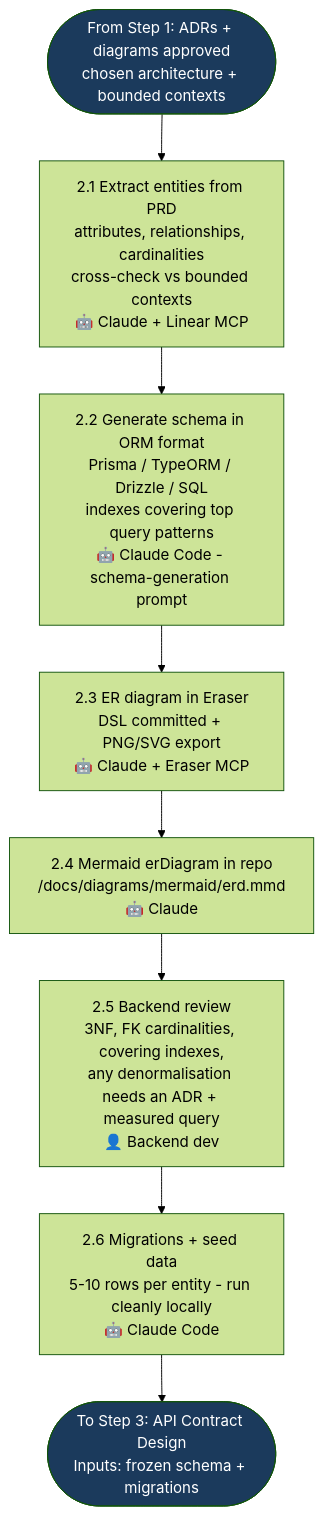
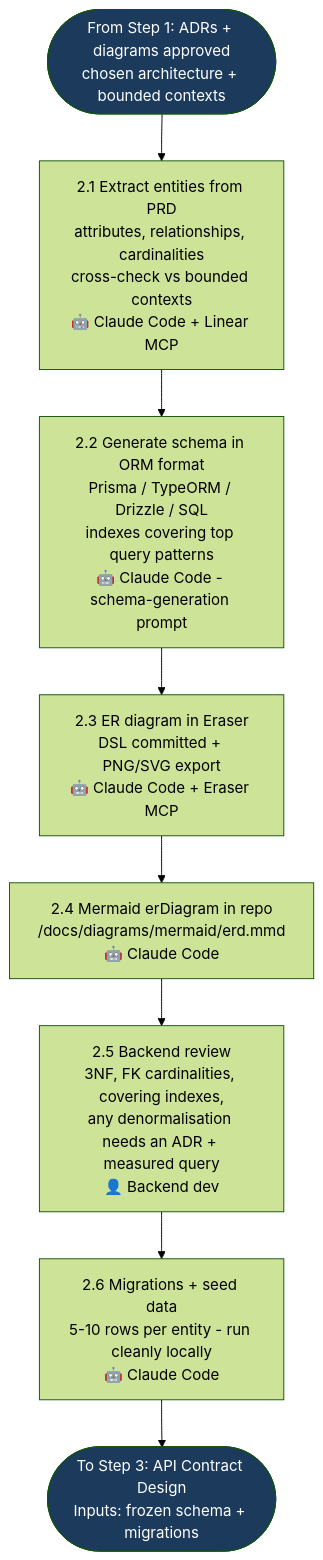
One commit to kalpat-allion/ai-dlc changed the third of 6 diagrams in aidlc-phases/02-system-design/FLOWCHART.md. Above: the diagram before and after it, drawn with Mermaid (forest theme). The commit also changed other lines of this file and 25 other files, not shown here.

````diff
--- a/aidlc-phases/02-system-design/FLOWCHART.md
+++ b/aidlc-phases/02-system-design/FLOWCHART.md
@@ -133,15 +123,15 @@
 ```mermaid
 flowchart TD
     D_IN([From Step 1: ADRs + diagrams approved<br/>chosen architecture + bounded contexts]) --> D1
 
-    D1[2.1 Extract entities from PRD<br/>attributes, relationships, cardinalities<br/>cross-check vs bounded contexts<br/>🤖 Claude + Linear MCP] --> D2
+    D1[2.1 Extract entities from PRD<br/>attributes, relationships, cardinalities<br/>cross-check vs bounded contexts<br/>🤖 Claude Code + Linear MCP] --> D2
     D2[2.2 Generate schema in ORM format<br/>Prisma / TypeORM / Drizzle / SQL<br/>indexes covering top query patterns<br/>🤖 Claude Code - schema-generation prompt] --> D3
-    D3[2.3 ER diagram in Eraser<br/>DSL committed + PNG/SVG export<br/>🤖 Claude + Eraser MCP] --> D4
-    D4[2.4 Mermaid erDiagram in repo<br/>/docs/diagrams/mermaid/erd.mmd<br/>🤖 Claude] --> D5
+    D3[2.3 ER diagram in Eraser<br/>DSL committed + PNG/SVG export<br/>🤖 Claude Code + Eraser MCP] --> D4
+    D4[2.4 Mermaid erDiagram in repo<br/>/docs/diagrams/mermaid/erd.mmd<br/>🤖 Claude Code] --> D5
     D5[2.5 Backend review<br/>3NF, FK cardinalities, covering indexes,<br/>any denormalisation needs an ADR + measured query<br/>👤 Backend dev] --> D6
     D6[2.6 Migrations + seed data<br/>5-10 rows per entity - run cleanly locally<br/>🤖 Claude Code]
     D6 --> D_OUT([To Step 3: API Contract Design<br/>Inputs: frozen schema + migrations])
 
     style D_IN fill:#1B3A5C,color:#fff
     style D_OUT fill:#1B3A5C,color:#fff
 ```
````
